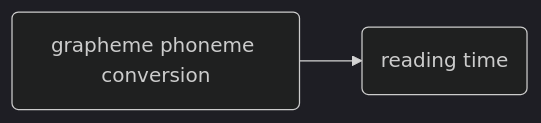
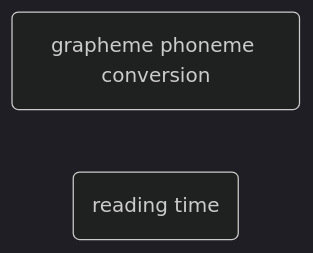
The sixth of 6 diagrams in 2022/Slides/Lecture-04.md (ethanweed/ExPsyLing), drawn with Mermaid (dark theme) before and after one commit. The commit also changed 1 other file, not shown here.

Commit message:
auto-updated with build.sh

````diff
--- a/2022/Slides/Lecture-04.md
+++ b/2022/Slides/Lecture-04.md
@@ -176,6 +176,7 @@
 ```{.mermaid format=svg theme=forest width=400 stroke-width=0} 
 graph LR
-A(grapheme phoneme conversion)-->B(reading time)
+A(grapheme phoneme conversion)
+B(reading time)
 
 
 ```
````
